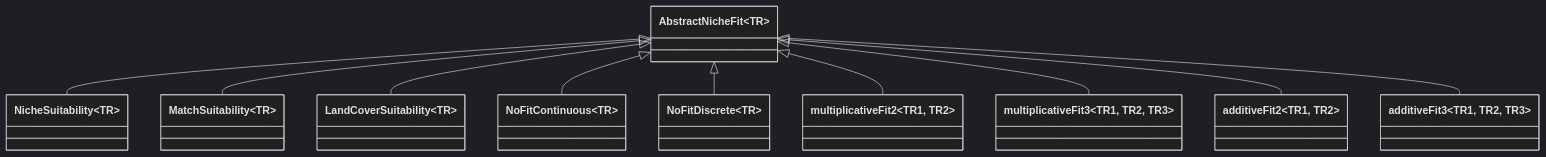
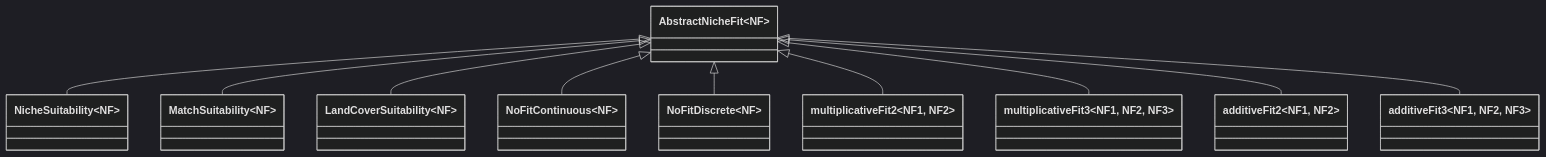
Before and after one commit to EcoJulia/EcoSISTEM.jl: the sixth of 11 diagrams in docs/architecture.md, drawn with Mermaid (dark theme). The commit also changed other lines of this file and 18 other files, not shown here.

````diff
--- a/docs/architecture.md
+++ b/docs/architecture.md
@@ -179,22 +179,22 @@
 ```mermaid
 classDiagram
-    class AbstractNicheFit~TR~
-    class NicheSuitability~TR~
-    class MatchSuitability~TR~
-    class LandCoverSuitability~TR~
-    class NoFitContinuous~TR~
-    class NoFitDiscrete~TR~
-    class multiplicativeFit2~TR1, TR2~
-    class multiplicativeFit3~TR1, TR2, TR3~
-    class additiveFit2~TR1, TR2~
-    class additiveFit3~TR1, TR2, TR3~
+    class AbstractNicheFit~NF~
+    class NicheSuitability~NF~
+    class MatchSuitability~NF~
+    class LandCoverSuitability~NF~
+    class NoFitContinuous~NF~
+    class NoFitDiscrete~NF~
+    class multiplicativeFit2~NF1, NF2~
+    class multiplicativeFit3~NF1, NF2, NF3~
+    class additiveFit2~NF1, NF2~
+    class additiveFit3~NF1, NF2, NF3~
     AbstractNicheFit <|-- NicheSuitability
     AbstractNicheFit <|-- MatchSuitability
     AbstractNicheFit <|-- LandCoverSuitability
     AbstractNicheFit <|-- NoFitContinuous
     AbstractNicheFit <|-- NoFitDiscrete
     AbstractNicheFit <|-- multiplicativeFit2
     AbstractNicheFit <|-- multiplicativeFit3
     AbstractNicheFit <|-- additiveFit2
     AbstractNicheFit <|-- additiveFit3
 ```
````
